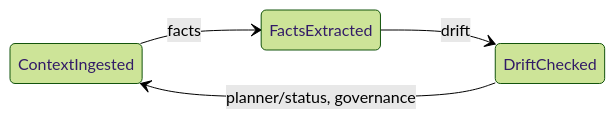
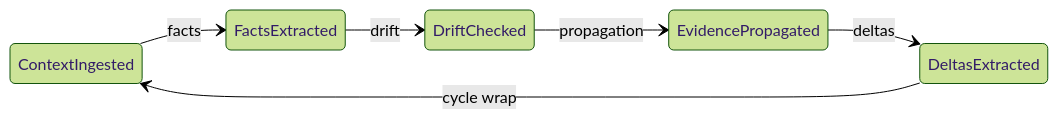
One commit to DealExMachina/open-governed-swarm-of-agents changed the diagram in README.md. Above: the diagram before and after it, drawn with Mermaid (forest theme). The commit also changed other lines of this file and 422 other files, not shown here.

````diff
--- a/README.md
+++ b/README.md
@@ -63,7 +69,9 @@
 ```mermaid
 stateDiagram-v2
   direction LR
   ContextIngested --> FactsExtracted: facts
   FactsExtracted --> DriftChecked: drift
-  DriftChecked --> ContextIngested: planner/status, governance
+  DriftChecked --> EvidencePropagated: propagation
+  EvidencePropagated --> DeltasExtracted: deltas
+  DeltasExtracted --> ContextIngested: cycle wrap
 ```
````
